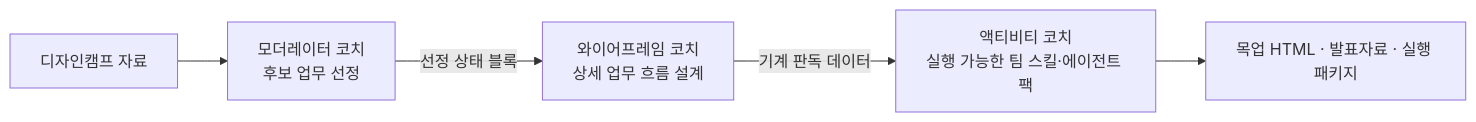
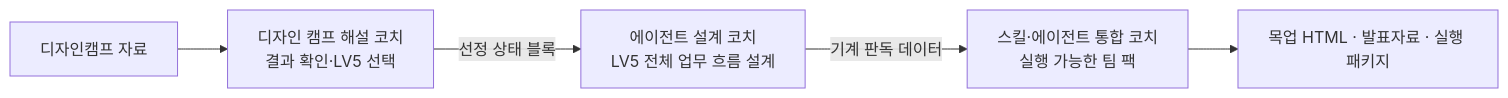
One commit to gbrinan/SKI-skills changed the diagram in README.md. Above: the diagram before and after it, drawn with Mermaid. The commit also changed other lines of this file and 17 other files, not shown here.

````diff
--- a/README.md
+++ b/README.md
@@ -44,7 +44,7 @@
 ```mermaid
 flowchart LR
-  A["디자인캠프 자료"] --> M["모더레이터 코치<br/>후보 업무 선정"]
-  M -->|"선정 상태 블록"| W["와이어프레임 코치<br/>상세 업무 흐름 설계"]
-  W -->|"기계 판독 데이터"| C["액티비티 코치<br/>실행 가능한 팀 스킬·에이전트 팩"]
+  A["디자인캠프 자료"] --> M["디자인 캠프 해설 코치<br/>결과 확인·LV5 선택"]
+  M -->|"선정 상태 블록"| W["에이전트 설계 코치<br/>LV5 전체 업무 흐름 설계"]
+  W -->|"기계 판독 데이터"| C["스킬·에이전트 통합 코치<br/>실행 가능한 팀 팩"]
   C --> O["목업 HTML · 발표자료 · 실행 패키지"]
 ```
````
